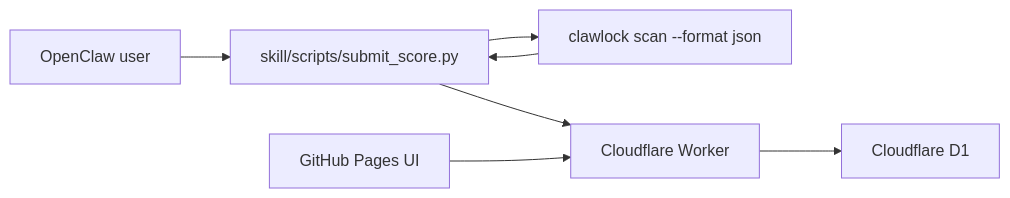
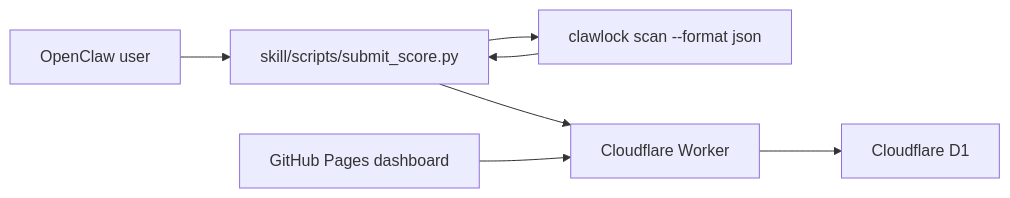
One commit to g1at/ClawLock-Rank changed the diagram in README.md. Above: the diagram before and after it, drawn with Mermaid. The commit also changed other lines of this file and 6 other files, not shown here.

````diff
--- a/README.md
+++ b/README.md
@@ -9,9 +9,9 @@
 ```mermaid
 flowchart LR
   A["OpenClaw user"] --> B["skill/scripts/submit_score.py"]
   B --> C["clawlock scan --format json"]
   C --> B
   B --> D["Cloudflare Worker"]
   D --> E["Cloudflare D1"]
-  F["GitHub Pages UI"] --> D
+  F["GitHub Pages dashboard"] --> D
 ```
````
